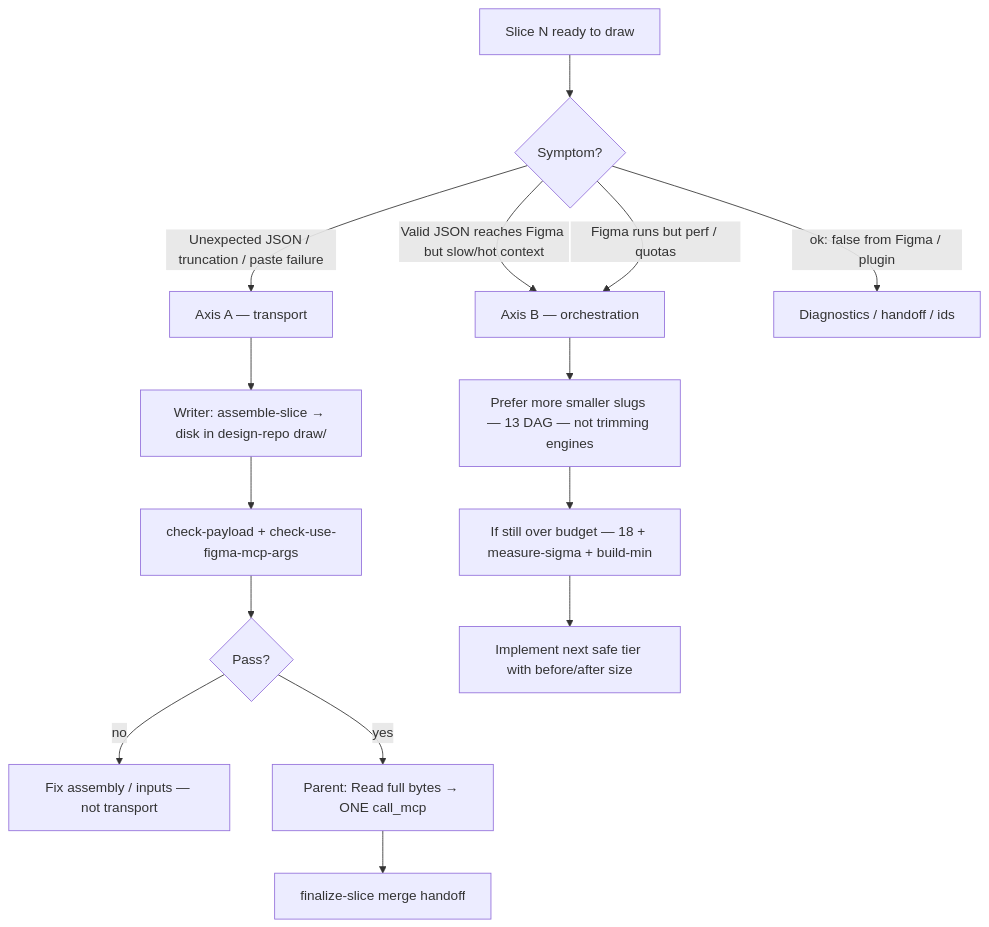
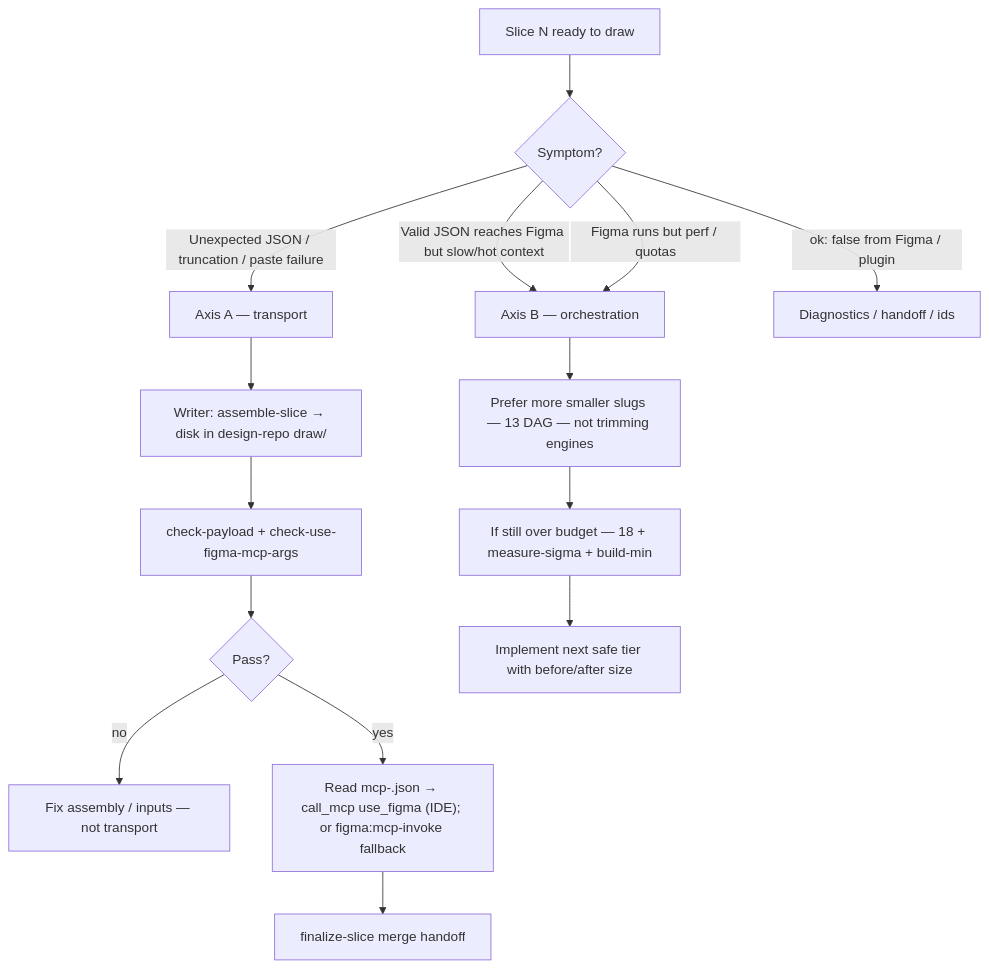
Before and after one commit to JBabcock-DL/DesignOps-plugin: the diagram in skills/create-component/conventions/21-mcp-ephemeral-payload-protocol.md, drawn with Mermaid. The commit also changed other lines of this file and 32 other files, not shown here.

````diff
--- a/skills/create-component/conventions/21-mcp-ephemeral-payload-protocol.md
+++ b/skills/create-component/conventions/21-mcp-ephemeral-payload-protocol.md
@@ -23,20 +23,20 @@
 ```mermaid
 flowchart TD
   start[Slice N ready to draw] --> classify{Symptom?}
   classify -->|"Unexpected JSON / truncation / paste failure"| axisA["Axis A — transport"]
   classify -->|"Valid JSON reaches Figma but slow/hot context"| axisB["Axis B — orchestration"]
   classify -->|"Figma runs but perf / quotas"| axisB
   classify -->|"ok: false from Figma / plugin"| figmaDiag[Diagnostics / handoff / ids]
 
   axisA --> writer["Writer: assemble-slice → disk in design-repo draw/"]
   writer --> chk["check-payload + check-use-figma-mcp-args"]
   chk --> okChk{"Pass?"}
   okChk -->|no| fixAsm[Fix assembly / inputs — not transport]
-  okChk -->|yes| parentRead["Parent: Read full bytes → ONE call_mcp"]
-  parentRead --> doneA[finalize-slice merge handoff]
+  okChk -->|yes| invoke["Read mcp-<slug>.json → call_mcp use_figma (IDE); or figma:mcp-invoke fallback"]
+  invoke --> doneA[finalize-slice merge handoff]
 
   axisB --> smaller["Prefer more smaller slugs — 13 DAG — not trimming engines"]
   smaller --> roadmap["If still over budget — 18 + measure-sigma + build-min"]
 
   roadmap --> tier[Implement next safe tier with before/after size]
 ```
````
